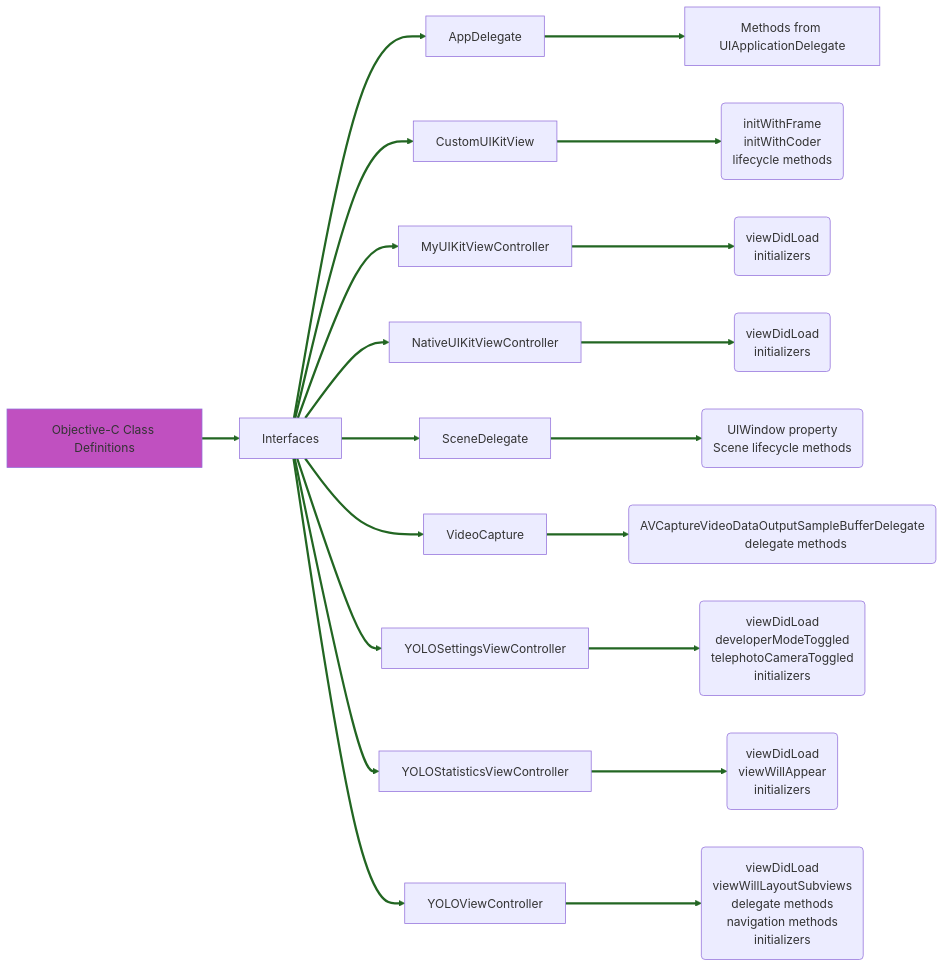
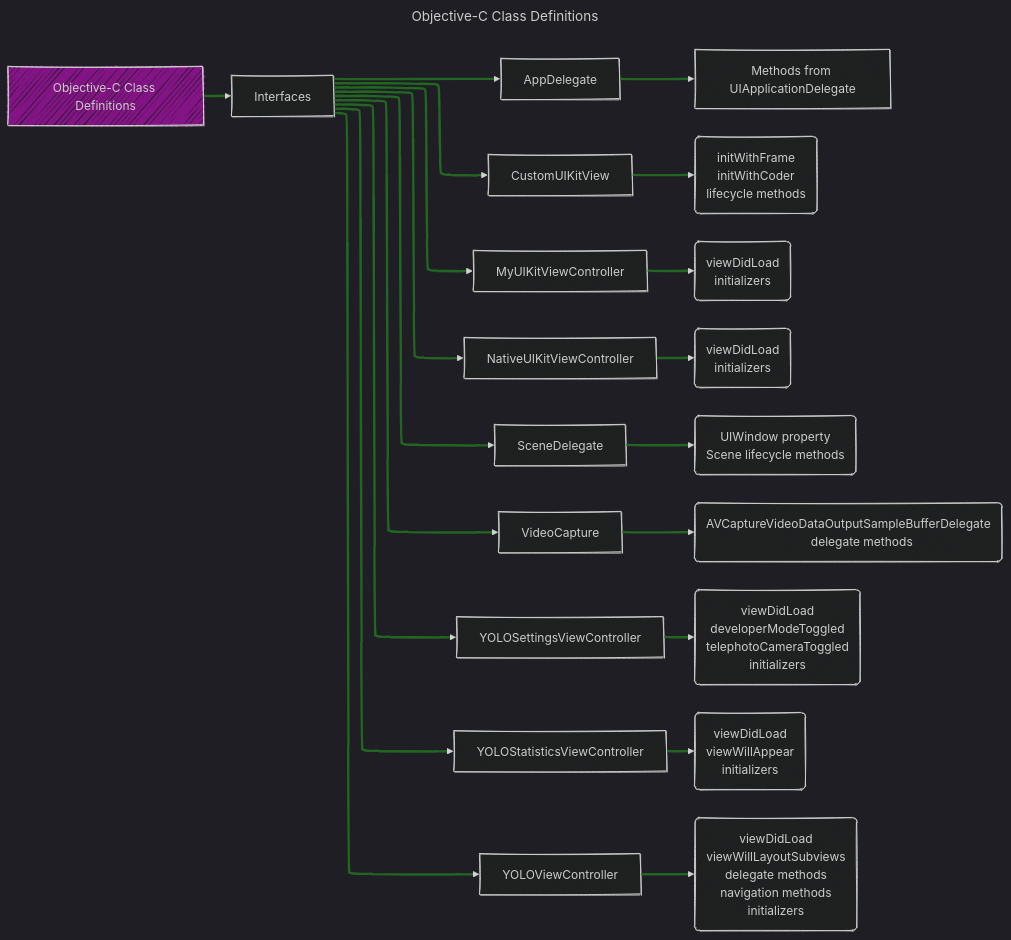
Before and after one commit to CongLeSolutionX/iOS-development-vault: the sixth of 7 diagrams in Reversing_Engineer_through_Interfaces/Swift-generated_header_file_in_Mermaid.md, drawn with Mermaid. The commit also changed other lines of this file and 8 other files, not shown here.

````diff
--- a/Reversing_Engineer_through_Interfaces/Swift-generated_header_file_in_Mermaid.md
+++ b/Reversing_Engineer_through_Interfaces/Swift-generated_header_file_in_Mermaid.md
@@ -154,4 +189,11 @@
 ```mermaid
+---
+title: Objective-C Class Definitions
+config:
+  layout: elk
+  look: handDrawn
+  theme: dark
+---
 graph LR
     A[Objective-C Class Definitions] --> B[Interfaces];
     
````
